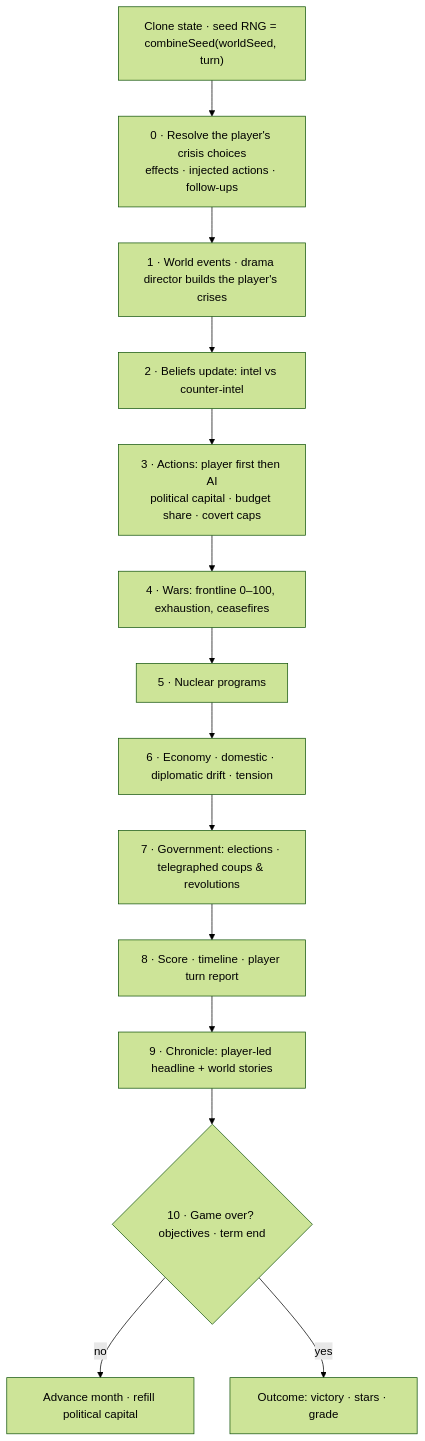
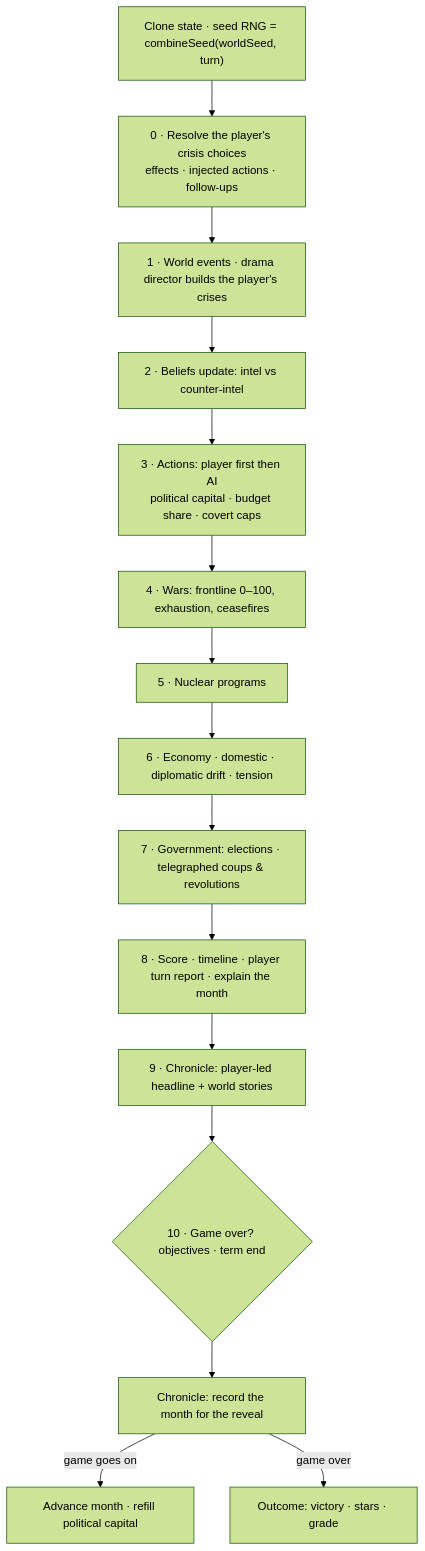
The second of 3 diagrams in docs/ARCHITECTURE.md (emanuelshalev/WorldConflict), drawn with Mermaid (forest theme) before and after one commit. The commit also changed other lines of this file and 5 other files, not shown here.

First line of the commit message:
docs: describe orders, the month, the reveal, learning aids and era maps

````diff
--- a/docs/ARCHITECTURE.md
+++ b/docs/ARCHITECTURE.md
@@ -47,16 +50,17 @@
 ```mermaid
 flowchart TB
   A["Clone state · seed RNG = combineSeed(worldSeed, turn)"] --> B[0 · Resolve the player's crisis choices<br/>effects · injected actions · follow-ups]
   B --> C[1 · World events · drama director builds the player's crises]
   C --> D[2 · Beliefs update: intel vs counter-intel]
   D --> E[3 · Actions: player first then AI<br/>political capital · budget share · covert caps]
   E --> F[4 · Wars: frontline 0–100, exhaustion, ceasefires]
   F --> G[5 · Nuclear programs]
   G --> H[6 · Economy · domestic · diplomatic drift · tension]
   H --> I[7 · Government: elections · telegraphed coups & revolutions]
-  I --> J[8 · Score · timeline · player turn report]
+  I --> J[8 · Score · timeline · player turn report · explain the month]
   J --> K[9 · Chronicle: player-led headline + world stories]
   K --> L{10 · Game over? objectives · term end}
-  L -->|no| M[Advance month · refill political capital]
-  L -->|yes| N[Outcome: victory · stars · grade]
+  L --> R[Chronicle: record the month for the reveal]
+  R -->|game goes on| M[Advance month · refill political capital]
+  R -->|game over| N[Outcome: victory · stars · grade]
 ```
````
